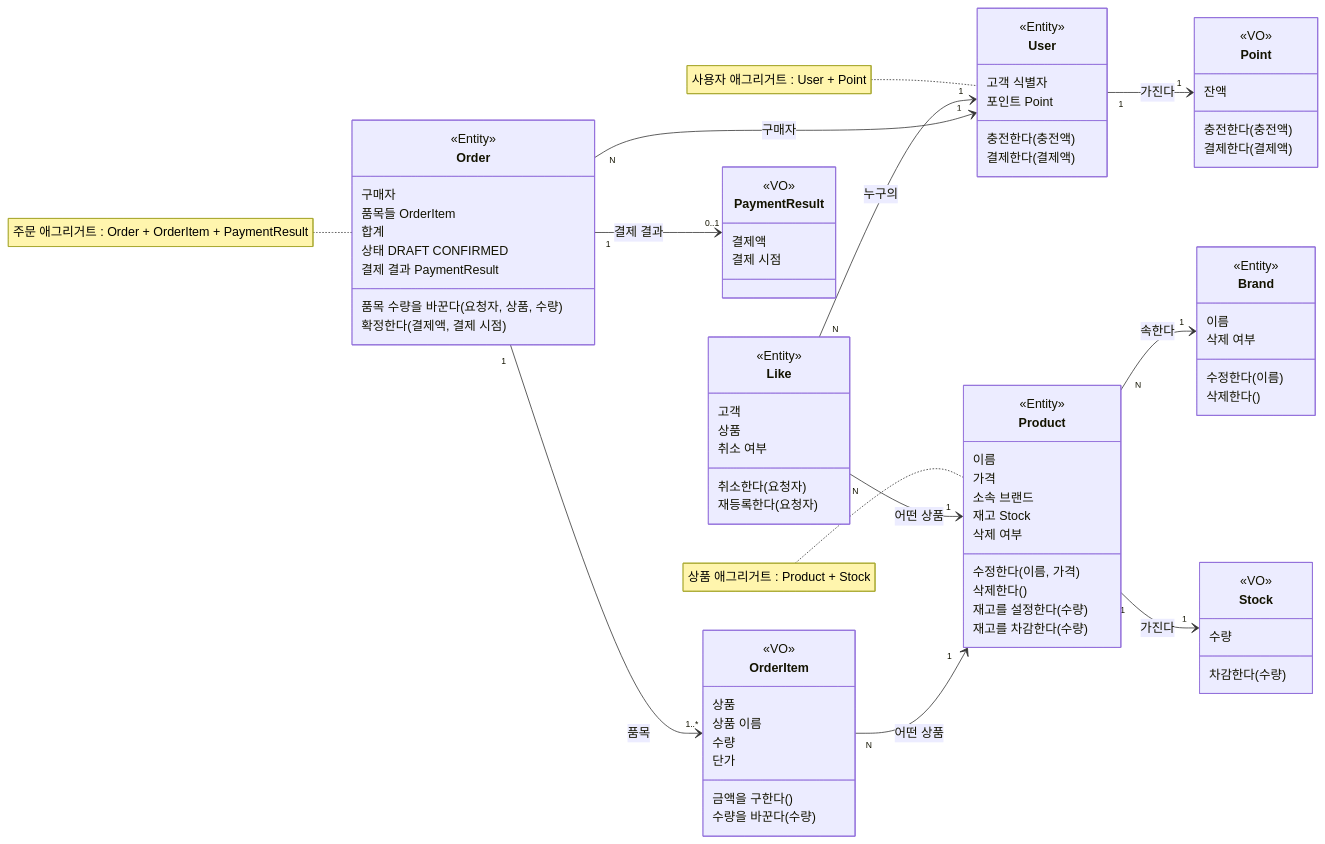
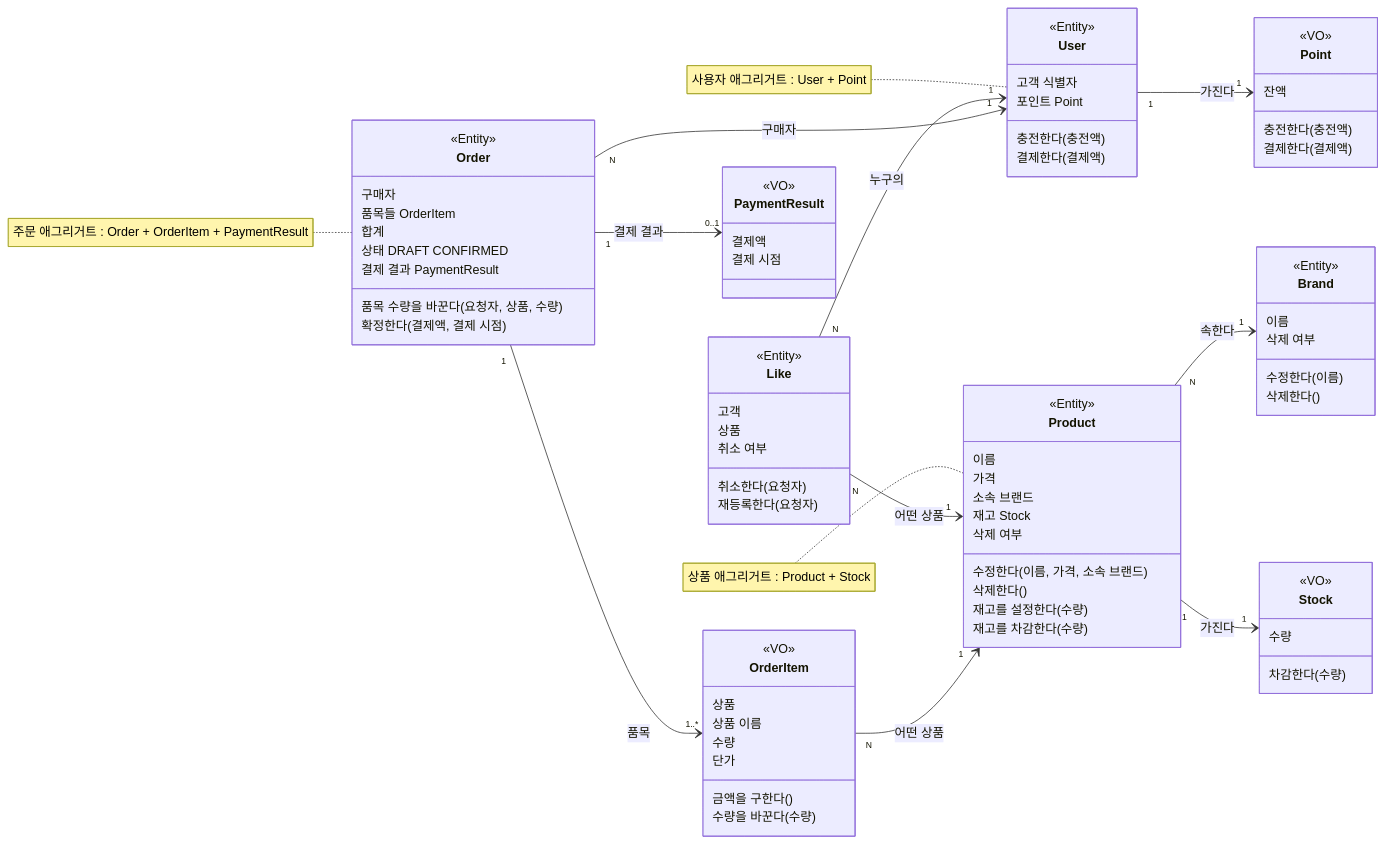
One commit to loopers-labs/loop-pack-be-l2-vol5-java changed the first of 2 diagrams in docs/week2/domain-relations.md. Above: the diagram before and after it, drawn with Mermaid.

Commit message:
docs: Product 수정의 소속 브랜드 인자를 클래스 다이어그램에 적는다
다이어그램은 인자에서 소속 브랜드를 빼는 것으로 브랜드가 바뀌지 않음을
표현했다. 실제 메서드는 소속 브랜드를 받아 현재와 같은지 본다. API 계약이
다른 브랜드를 보내면 BRAND_CHANGE_NOT_ALLOWED 로 거절하도록 요구하기 때문이다.

구조를 있는 그대로 적는다. 바뀌지 않는다는 조건은 domain-rules.yaml 의
INV-10 이 갖는다.

```diff
--- a/docs/week2/domain-relations.md
+++ b/docs/week2/domain-relations.md
@@ -37,7 +37,7 @@
         소속 브랜드
         재고 Stock
         삭제 여부
-        수정한다(이름, 가격)
+        수정한다(이름, 가격, 소속 브랜드)
         삭제한다()
         재고를 설정한다(수량)
         재고를 차감한다(수량)
```
